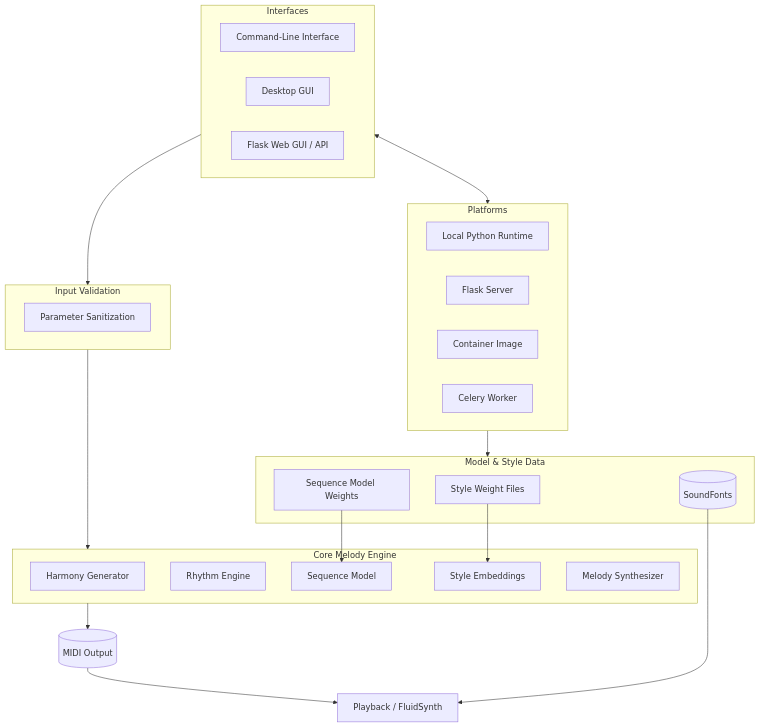
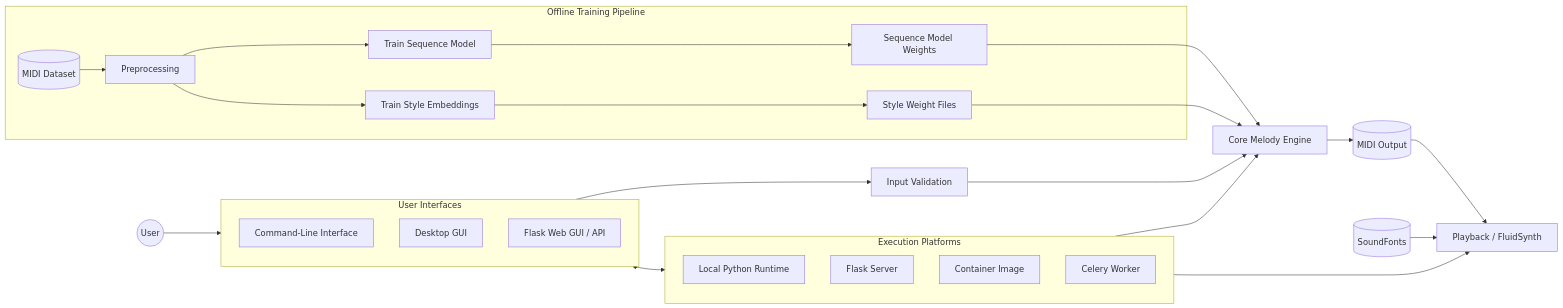
One commit to AusBoone/Melody-Generator changed the diagram in docs/README_ARCHITECTURE.md. Above: the diagram before and after it, drawn with Mermaid. The commit also changed other lines of this file, not shown here.

Commit message:
docs: improve architecture diagram

````diff
--- a/docs/README_ARCHITECTURE.md
+++ b/docs/README_ARCHITECTURE.md
@@ -14,43 +14,37 @@
 ```mermaid
-flowchart TB
-    subgraph Interfaces
+flowchart LR
+    %% User interaction and runtime generation
+    User((User)) --> Interfaces
+    subgraph Interfaces["User Interfaces"]
         CLI[Command-Line Interface]
         GUI[Desktop GUI]
         WebGUI[Flask Web GUI / API]
     end
+    Interfaces --> Validation[Input Validation]
+    Validation --> Engine[Core Melody Engine]
+    Engine --> Midi[(MIDI Output)]
+    Midi --> Playback[Playback / FluidSynth]
 
-    subgraph Validation["Input Validation"]
-        Params[Parameter Sanitization]
+    %% Offline training artifacts feeding the engine
+    subgraph Training["Offline Training Pipeline"]
+        Dataset[(MIDI Dataset)] --> Preprocess[Preprocessing]
+        Preprocess --> TrainSeq[Train Sequence Model]
+        Preprocess --> TrainStyle[Train Style Embeddings]
+        TrainSeq --> ModelWeights[Sequence Model Weights]
+        TrainStyle --> StyleFiles[Style Weight Files]
     end
+    ModelWeights --> Engine
+    StyleFiles --> Engine
+    SoundFonts[(SoundFonts)] --> Playback
 
-    subgraph CoreEngine["Core Melody Engine"]
-        Harmony[Harmony Generator]
-        Rhythm[Rhythm Engine]
-        Sequence[Sequence Model]
-        Style[Style Embeddings]
-        Melody[Melody Synthesizer]
-    end
-
-    subgraph Data["Model & Style Data"]
-        Styles[Style Weight Files]
-        Models[Sequence Model Weights]
-        SoundFonts[(SoundFonts)]
-    end
-
-    Interfaces --> Validation --> CoreEngine
-    Styles --> Style
-    Models --> Sequence
-    CoreEngine --> MIDI[(MIDI Output)]
-    MIDI --> Playback[Playback / FluidSynth]
-    SoundFonts --> Playback
-
-    subgraph Platforms
+    %% Deployment platforms
+    subgraph Platforms["Execution Platforms"]
         Local[Local Python Runtime]
         Server[Flask Server]
         Docker[Container Image]
         Worker[Celery Worker]
     end
-
     Interfaces <--> Platforms
-    Platforms --> Data
+    Platforms --> Engine
+    Platforms --> Playback
 ```
````
